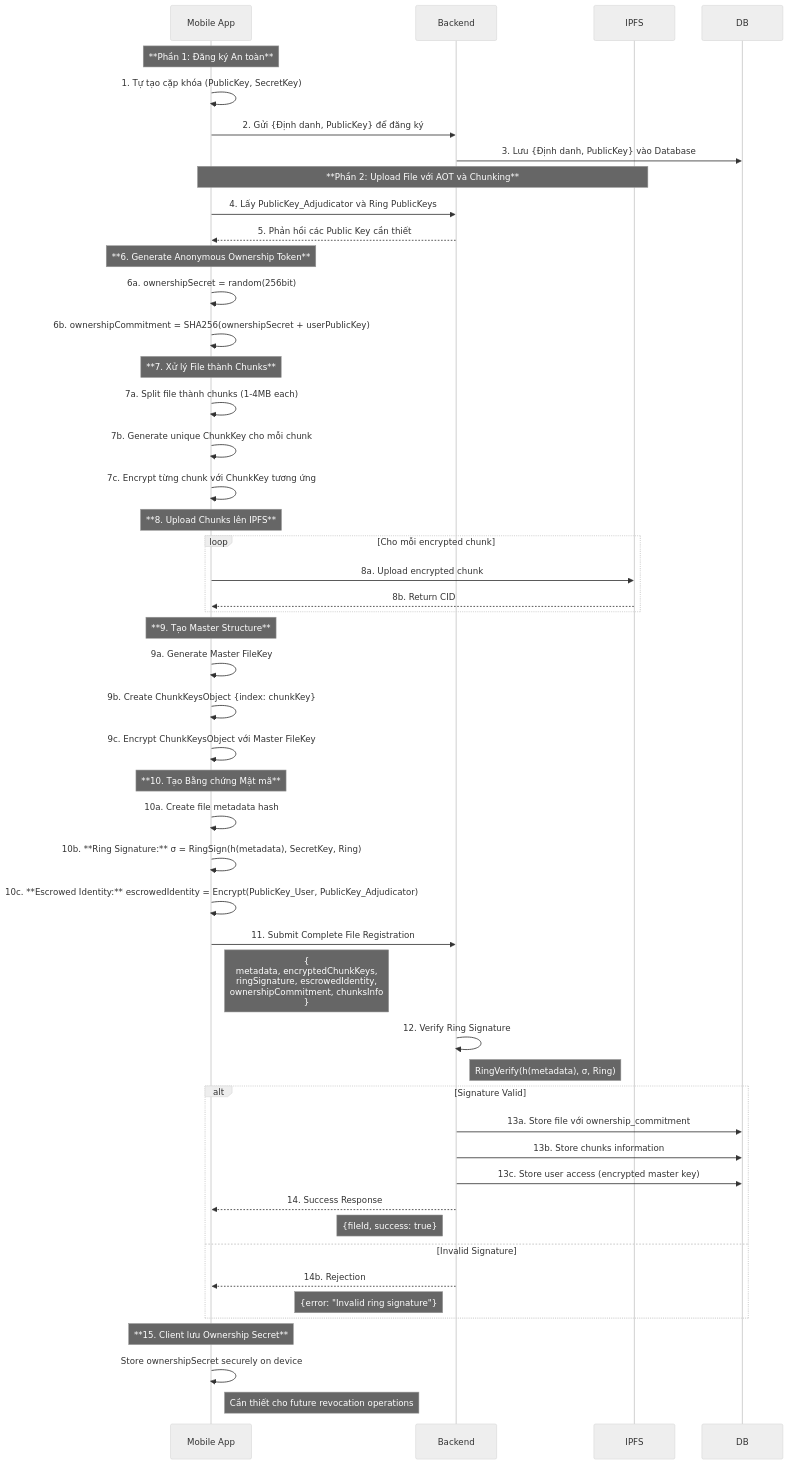
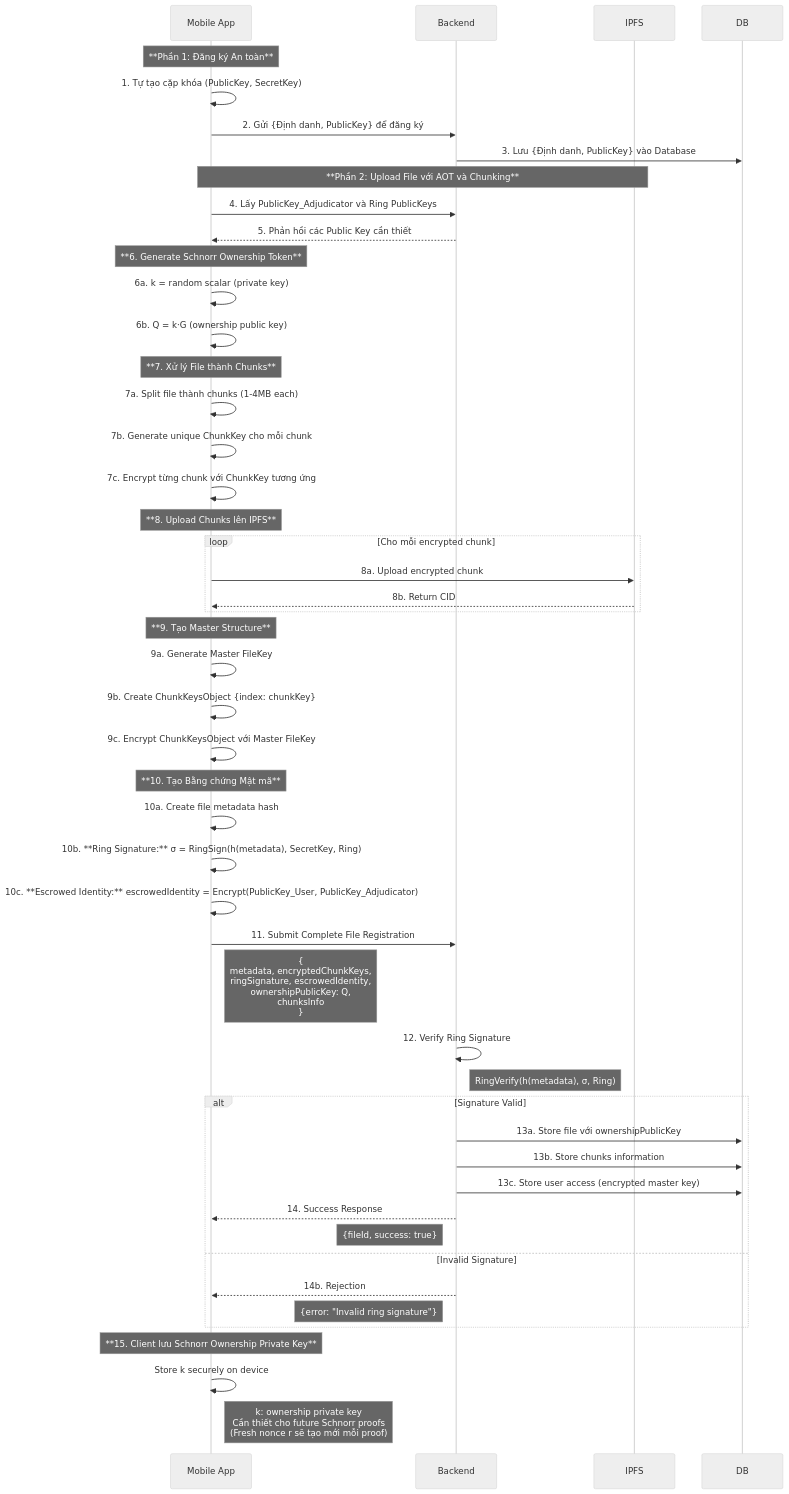
The second of 5 diagrams in New_Thesis.md (nguyenphuc22/ipfs-sandbox), drawn with Mermaid (neutral theme) before and after one commit. The commit also changed other lines of this file and 1 other file, not shown here.

Commit message:
Revise New_Thesis.md and SYSTEM_ARCHITECTURE.md to implement Schnorr Signature-based Anonymous Ownership Tokens; enhance cryptographic proof of file ownership, improve security with fresh nonce protocol, and update database schema for Schnorr AOT integration.

````diff
--- a/New_Thesis.md
+++ b/New_Thesis.md
@@ -228,64 +352,64 @@
 ```mermaid
 sequenceDiagram
     participant Client as Mobile App
     participant Backend
     participant IPFS
     participant DB
 
     %% Registration (Unchanged)
     note over Client: **Phần 1: Đăng ký An toàn**
     Client->>Client: 1. Tự tạo cặp khóa (PublicKey, SecretKey)
     Client->>Backend: 2. Gửi {Định danh, PublicKey} để đăng ký
     Backend->>DB: 3. Lưu {Định danh, PublicKey} vào Database
 
     %% Upload Process với AOT
     note over Client, IPFS: **Phần 2: Upload File với AOT và Chunking**
     Client->>Backend: 4. Lấy PublicKey_Adjudicator và Ring PublicKeys
     Backend-->>Client: 5. Phản hồi các Public Key cần thiết
 
-    note over Client: **6. Generate Anonymous Ownership Token**
-    Client->>Client: 6a. ownershipSecret = random(256bit)
-    Client->>Client: 6b. ownershipCommitment = SHA256(ownershipSecret + userPublicKey)
+    note over Client: **6. Generate Schnorr Ownership Token**
+    Client->>Client: 6a. k = random scalar (private key)
+    Client->>Client: 6b. Q = k·G (ownership public key)
     
     note over Client: **7. Xử lý File thành Chunks**
     Client->>Client: 7a. Split file thành chunks (1-4MB each)
     Client->>Client: 7b. Generate unique ChunkKey cho mỗi chunk
     Client->>Client: 7c. Encrypt từng chunk với ChunkKey tương ứng
 
     note over Client: **8. Upload Chunks lên IPFS**
     loop Cho mỗi encrypted chunk
         Client->>IPFS: 8a. Upload encrypted chunk
         IPFS-->>Client: 8b. Return CID
     end
 
     note over Client: **9. Tạo Master Structure**
     Client->>Client: 9a. Generate Master FileKey
     Client->>Client: 9b. Create ChunkKeysObject {index: chunkKey}
     Client->>Client: 9c. Encrypt ChunkKeysObject với Master FileKey
 
     note over Client: **10. Tạo Bằng chứng Mật mã**
     Client->>Client: 10a. Create file metadata hash
     Client->>Client: 10b. **Ring Signature:** σ = RingSign(h(metadata), SecretKey, Ring)
     Client->>Client: 10c. **Escrowed Identity:** escrowedIdentity = Encrypt(PublicKey_User, PublicKey_Adjudicator)
 
     Client->>Backend: 11. Submit Complete File Registration
-    note right of Client: {<br/>  metadata, encryptedChunkKeys,<br/>  ringSignature, escrowedIdentity,<br/>  ownershipCommitment, chunksInfo<br/>}
+    note right of Client: {<br/>  metadata, encryptedChunkKeys,<br/>  ringSignature, escrowedIdentity,<br/>  ownershipPublicKey: Q,<br/>  chunksInfo<br/>}
 
     Backend->>Backend: 12. Verify Ring Signature
     note right of Backend: RingVerify(h(metadata), σ, Ring)
 
     alt Signature Valid
-        Backend->>DB: 13a. Store file với ownership_commitment
-        Backend->>DB: 13b. Store chunks information  
+        Backend->>DB: 13a. Store file với ownershipPublicKey
+        Backend->>DB: 13b. Store chunks information
         Backend->>DB: 13c. Store user access (encrypted master key)
         Backend-->>Client: 14. Success Response
         note left of Backend: {fileId, success: true}
     else Invalid Signature
         Backend-->>Client: 14b. Rejection
         note left of Backend: {error: "Invalid ring signature"}
     end
-    
-    note over Client: **15. Client lưu Ownership Secret**
-    Client->>Client: Store ownershipSecret securely on device
-    note right of Client: Cần thiết cho future revocation operations
+
+    note over Client: **15. Client lưu Schnorr Ownership Private Key**
+    Client->>Client: Store k securely on device
+    note right of Client: k: ownership private key<br/>Cần thiết cho future Schnorr proofs<br/>(Fresh nonce r sẽ tạo mới mỗi proof)
 ```
````
